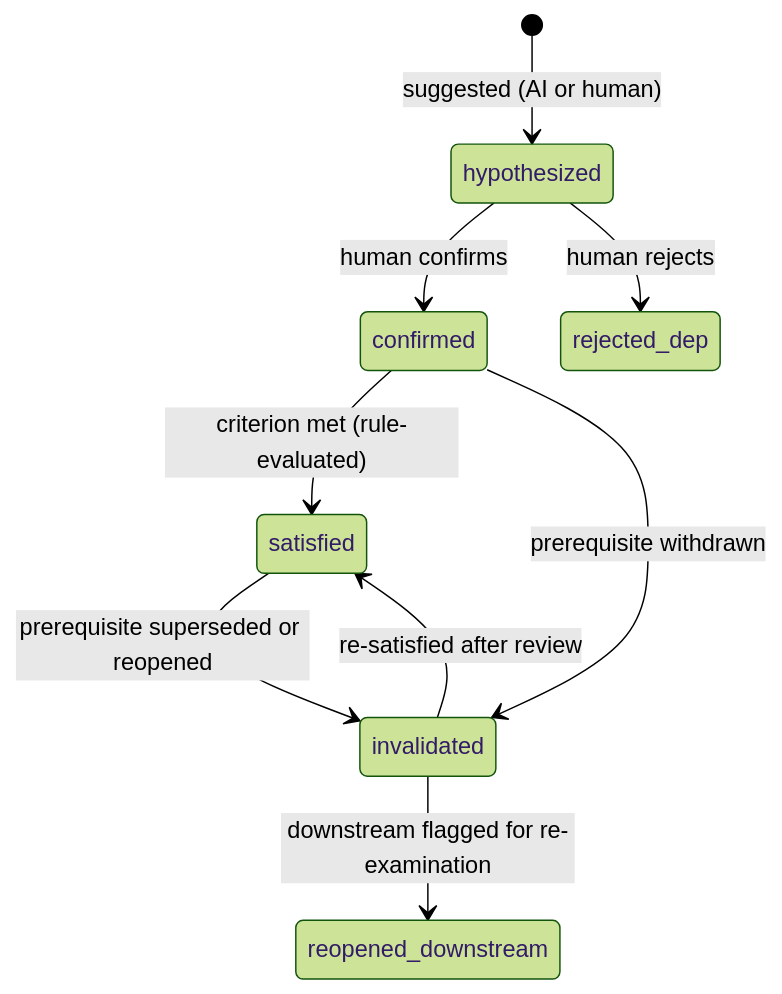
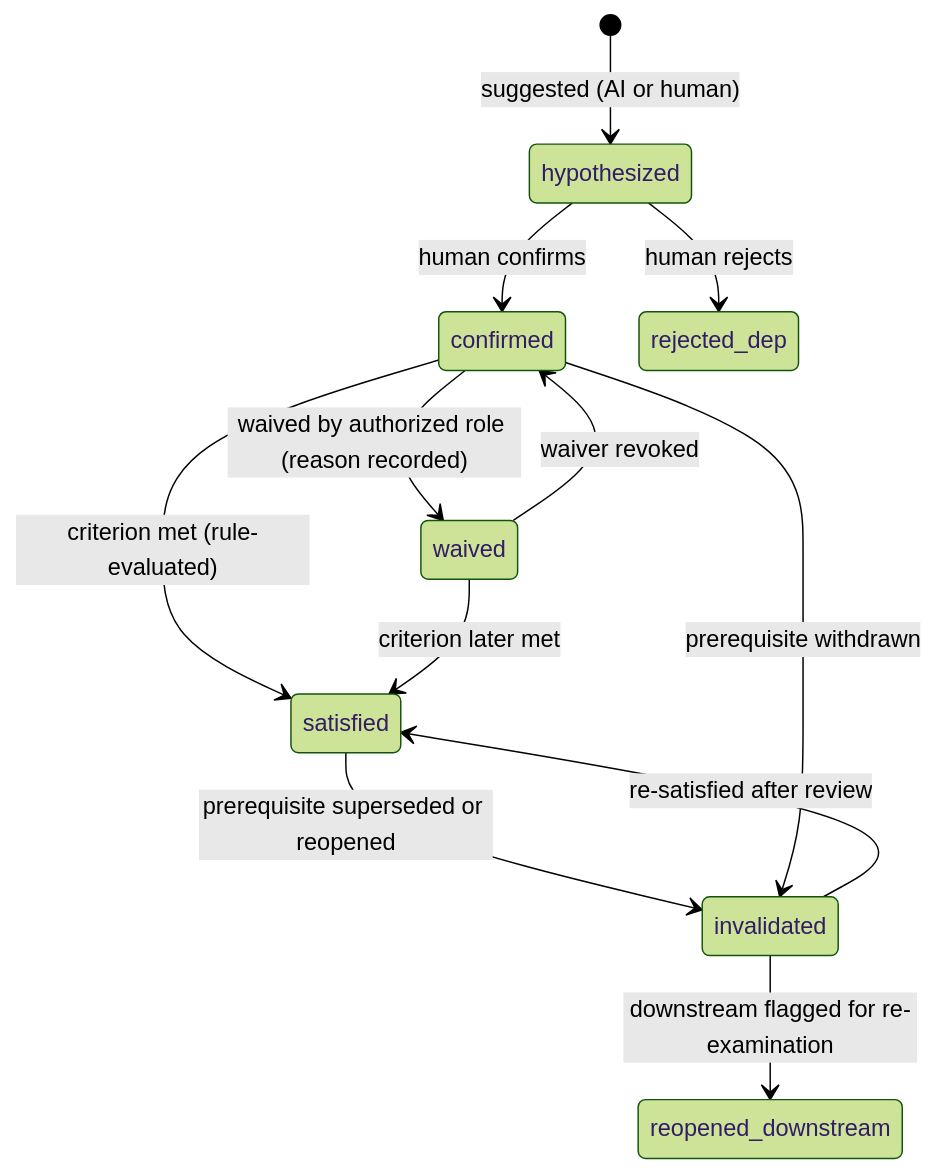
The third of 3 diagrams in docs/04-domain-model.md (davidleathers113/bible-translation), drawn with Mermaid (forest theme) before and after one commit. The commit also changed other lines of this file and 12 other files, not shown here.

````diff
--- a/docs/04-domain-model.md
+++ b/docs/04-domain-model.md
@@ -188,11 +189,14 @@
 ```mermaid
 stateDiagram-v2
     [*] --> hypothesized : suggested (AI or human)
     hypothesized --> confirmed : human confirms
     hypothesized --> rejected_dep : human rejects
     confirmed --> satisfied : criterion met (rule-evaluated)
+    confirmed --> waived : waived by authorized role (reason recorded)
+    waived --> confirmed : waiver revoked
+    waived --> satisfied : criterion later met
     satisfied --> invalidated : prerequisite superseded or reopened
     invalidated --> satisfied : re-satisfied after review
     confirmed --> invalidated : prerequisite withdrawn
     invalidated --> reopened_downstream : downstream flagged for re-examination
 ```
````
